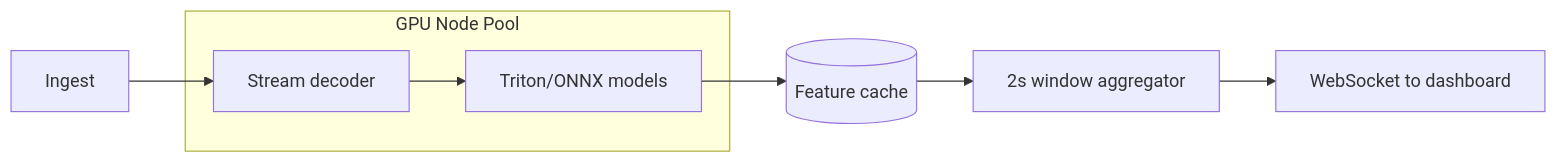
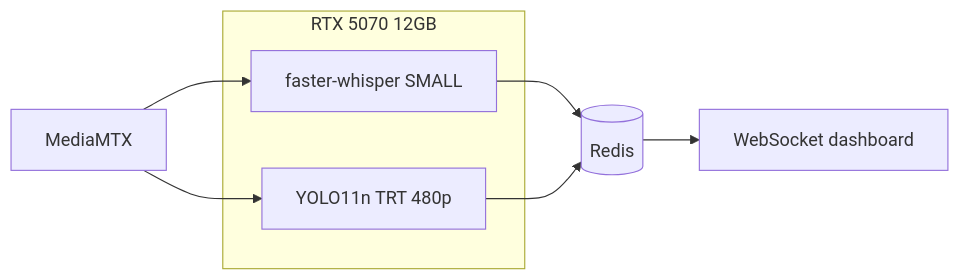
One commit to NITISH-R-G/PedagogyX changed the diagram in docs/05-architecture/AI_ARCHITECTURE.md. Above: the diagram before and after it, drawn with Mermaid. The commit also changed other lines of this file and 13 other files, not shown here.

First line of the commit message:
docs: OSS-first stack and RTX 5070 12GB GPU budget

````diff
--- a/docs/05-architecture/AI_ARCHITECTURE.md
+++ b/docs/05-architecture/AI_ARCHITECTURE.md
@@ -41,11 +43,11 @@
 ```mermaid
 flowchart LR
-    subgraph gpu [GPU Node Pool]
-        T1[Stream decoder]
-        T2[Triton/ONNX models]
+    subgraph gpu [RTX 5070 12GB]
+        FW[faster-whisper SMALL]
+        YOLO[YOLO11n TRT 480p]
     end
-    ING[Ingest] --> T1 --> T2
-    T2 --> REDIS[(Feature cache)]
-    REDIS --> AGG[2s window aggregator]
-    AGG --> WS[WebSocket to dashboard]
+    ING[MediaMTX] --> FW & YOLO
+    FW --> REDIS[(Redis)]
+    YOLO --> REDIS
+    REDIS --> WS[WebSocket dashboard]
 ```
````
